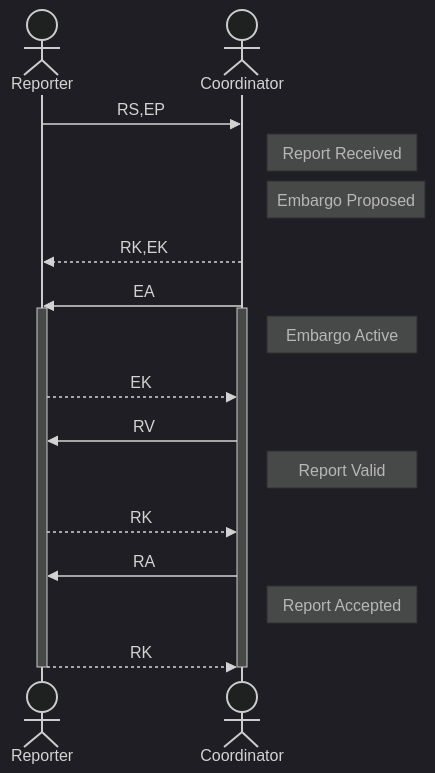
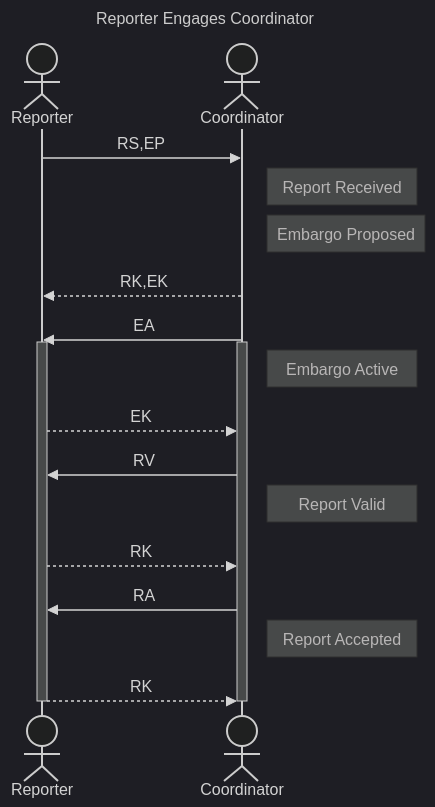
One commit to CERTCC/Vultron changed the ninth of 13 diagrams in docs/tutorials/worked_example.md. Above: the diagram before and after it, drawn with Mermaid (dark theme). The commit also changed other lines of this file, not shown here.

First line of the commit message:
docs: add mermaid title: headers to worked_example.md diagrams

````diff
--- a/docs/tutorials/worked_example.md
+++ b/docs/tutorials/worked_example.md
@@ -203,23 +227,26 @@
 ```mermaid
+---
+title: Reporter Engages Coordinator
+---
 sequenceDiagram
     actor Reporter
     actor Coordinator
 
     Reporter ->> Coordinator: RS,EP
     note right of Coordinator: Report Received
     note right of Coordinator: Embargo Proposed
     Coordinator -->> Reporter: RK,EK
     Coordinator ->> Reporter: EA
     activate Coordinator
     activate Reporter
     note right of Coordinator: Embargo Active
     Reporter -->> Coordinator: EK
     Coordinator ->> Reporter: RV
     note right of Coordinator: Report Valid
     Reporter -->> Coordinator: RK
     Coordinator ->> Reporter: RA
     note right of Coordinator: Report Accepted
     Reporter -->> Coordinator: RK
     deactivate Coordinator
     deactivate Reporter
 ```
````
